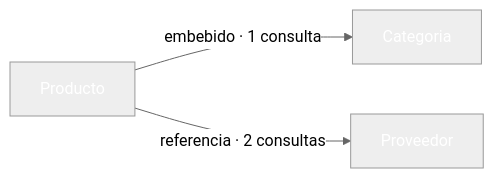
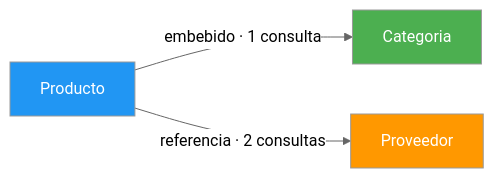
Before and after one commit to joseluisgs/DesarrolloWebEntornosServidor-02-2026-2027: the fourth of 9 diagrams in 13-mongodb.md, drawn with Mermaid (neutral theme). The commit also changed other lines of this file, not shown here.

````diff
--- a/13-mongodb.md
+++ b/13-mongodb.md
@@ -342,9 +393,9 @@
 ```mermaid
 graph LR
     P[Producto] -->|"embebido · 1 consulta"| C[Categoria]
     P -->|"referencia · 2 consultas"| PR[Proveedor]
 
-    style P fill:#2196F,color:#fff3,color:#fff
-    style C fill:#4CAF5,color:#fff0,color:#fff
-    style PR fill:#FF980,color:#fff0,color:#fff
+    style P fill:#2196F3,color:#fff
+    style C fill:#4CAF50,color:#fff
+    style PR fill:#FF9800,color:#fff
 ```
````
